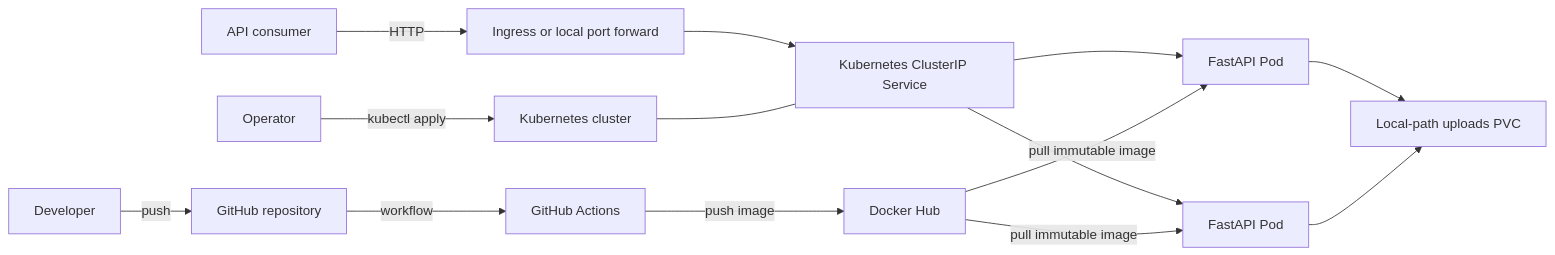
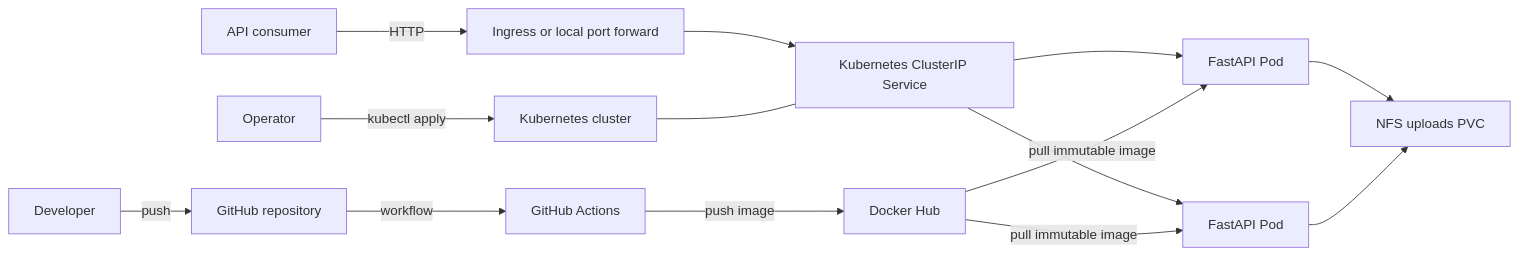
Before and after one commit to rezwanul7/PythonCICD: the first of 2 diagrams in docs/architecture.md, drawn with Mermaid. The commit also changed other lines of this file and 5 other files, not shown here.

Commit message:
refactor: migrate uploads to NFS-backed storage for improved accessibility and resilience

````diff
--- a/docs/architecture.md
+++ b/docs/architecture.md
@@ -22,17 +22,17 @@
 ```mermaid
 flowchart LR
     User[API consumer] -->|HTTP| Entry[Ingress or local port forward]
     Entry --> Service[Kubernetes ClusterIP Service]
     Service --> PodA[FastAPI Pod]
     Service --> PodB[FastAPI Pod]
-    PodA --> Uploads[Local-path uploads PVC]
+    PodA --> Uploads[NFS uploads PVC]
     PodB --> Uploads
 
     Developer[Developer] -->|push| GitHub[GitHub repository]
     GitHub -->|workflow| Actions[GitHub Actions]
     Actions -->|push image| DockerHub[Docker Hub]
     Operator[Operator] -->|kubectl apply| Cluster[Kubernetes cluster]
     DockerHub -->|pull immutable image| PodA
     DockerHub -->|pull immutable image| PodB
     Cluster --- Service
 ```
````
